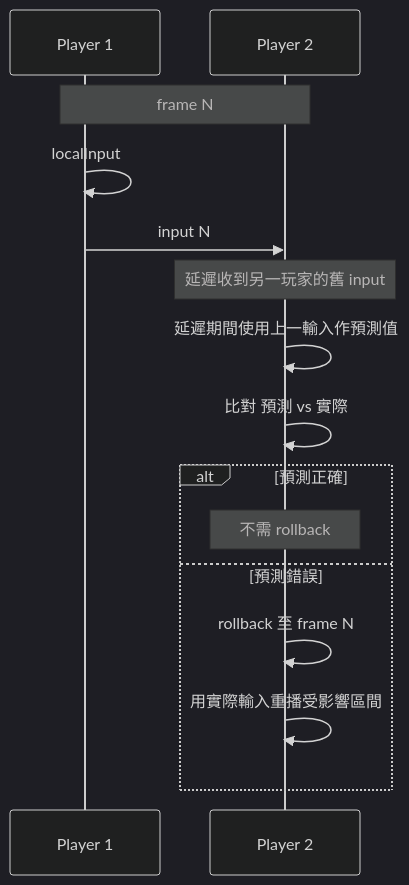
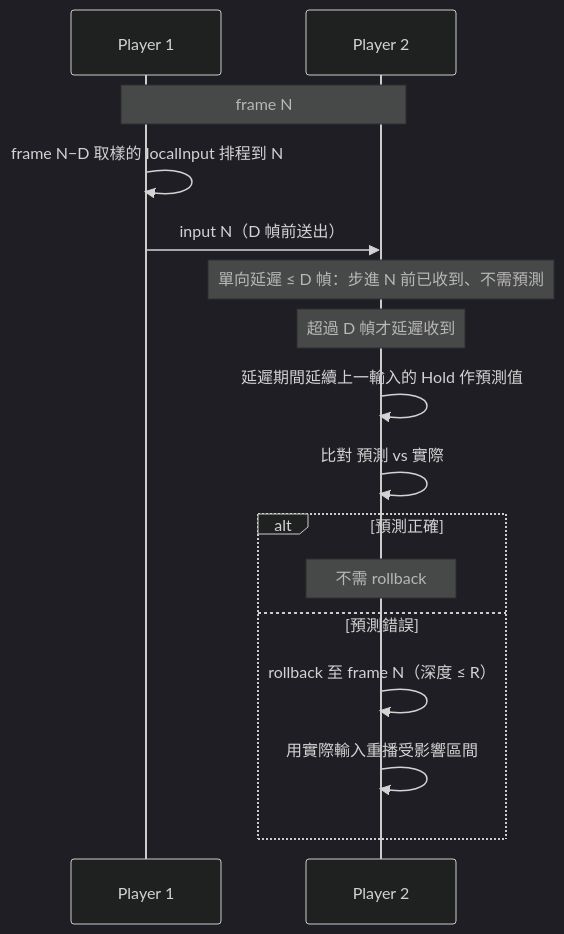
The third of 6 diagrams in 程式架構/程式流程/network-sync.md (xjustloveux/open-4wd-specs), drawn with Mermaid (dark theme) before and after one commit. The commit also changed other lines of this file and 185 other files, not shown here.

````diff
--- a/程式架構/程式流程/network-sync.md
+++ b/程式架構/程式流程/network-sync.md
@@ -68,20 +70,21 @@
 ```mermaid
 sequenceDiagram
     participant P1 as Player 1
     participant P2 as Player 2
 
     Note over P1,P2: frame N
-    P1->>P1: localInput
-    P1->>P2: input N
+    P1->>P1: frame N−D 取樣的 localInput 排程到 N
+    P1->>P2: input N（D 幀前送出）
 
-    Note over P2: 延遲收到另一玩家的舊 input
-    P2->>P2: 延遲期間使用上一輸入作預測值
+    Note over P2: 單向延遲 ≤ D 幀：步進 N 前已收到、不需預測
+    Note over P2: 超過 D 幀才延遲收到
+    P2->>P2: 延遲期間延續上一輸入的 Hold 作預測值
     P2->>P2: 比對 預測 vs 實際
 
     alt 預測正確
         Note over P2: 不需 rollback
     else 預測錯誤
-        P2->>P2: rollback 至 frame N
+        P2->>P2: rollback 至 frame N（深度 ≤ R）
         P2->>P2: 用實際輸入重播受影響區間
     end
 ```
````
